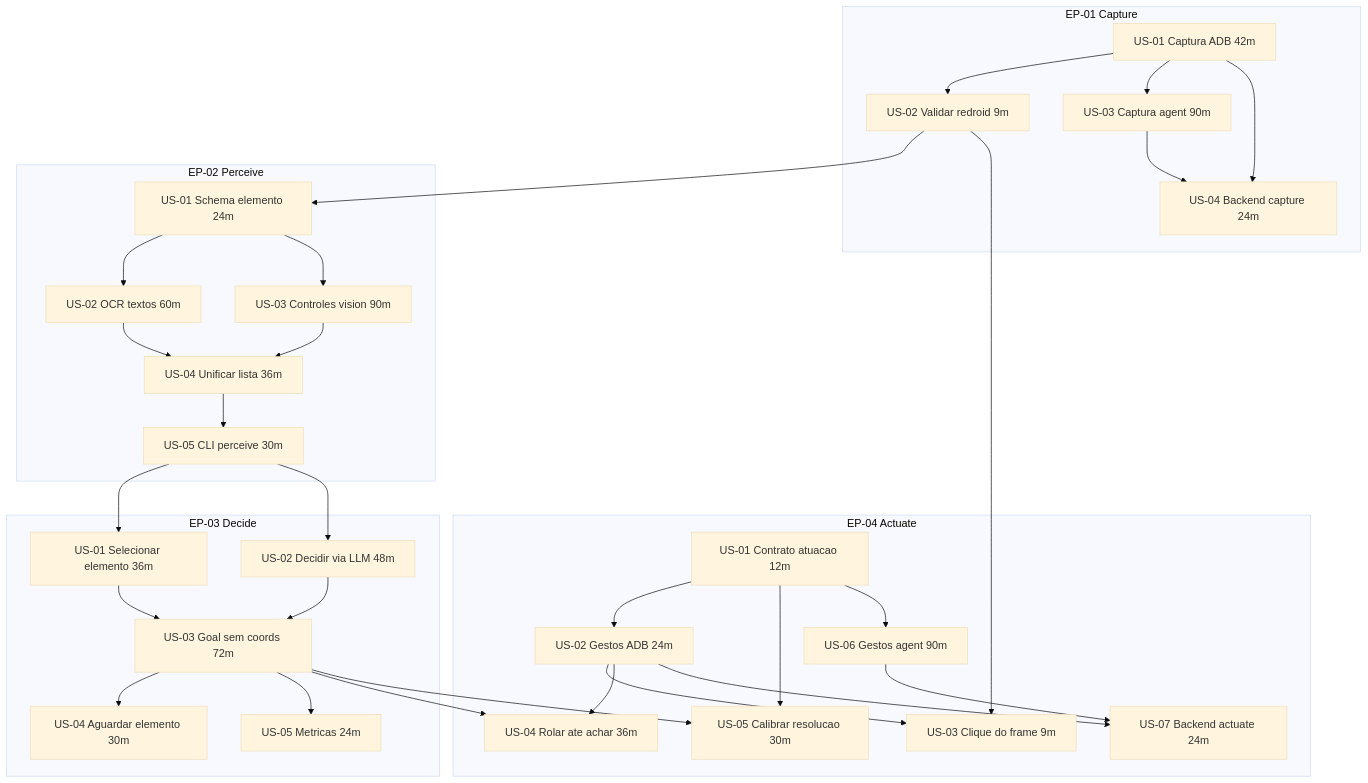
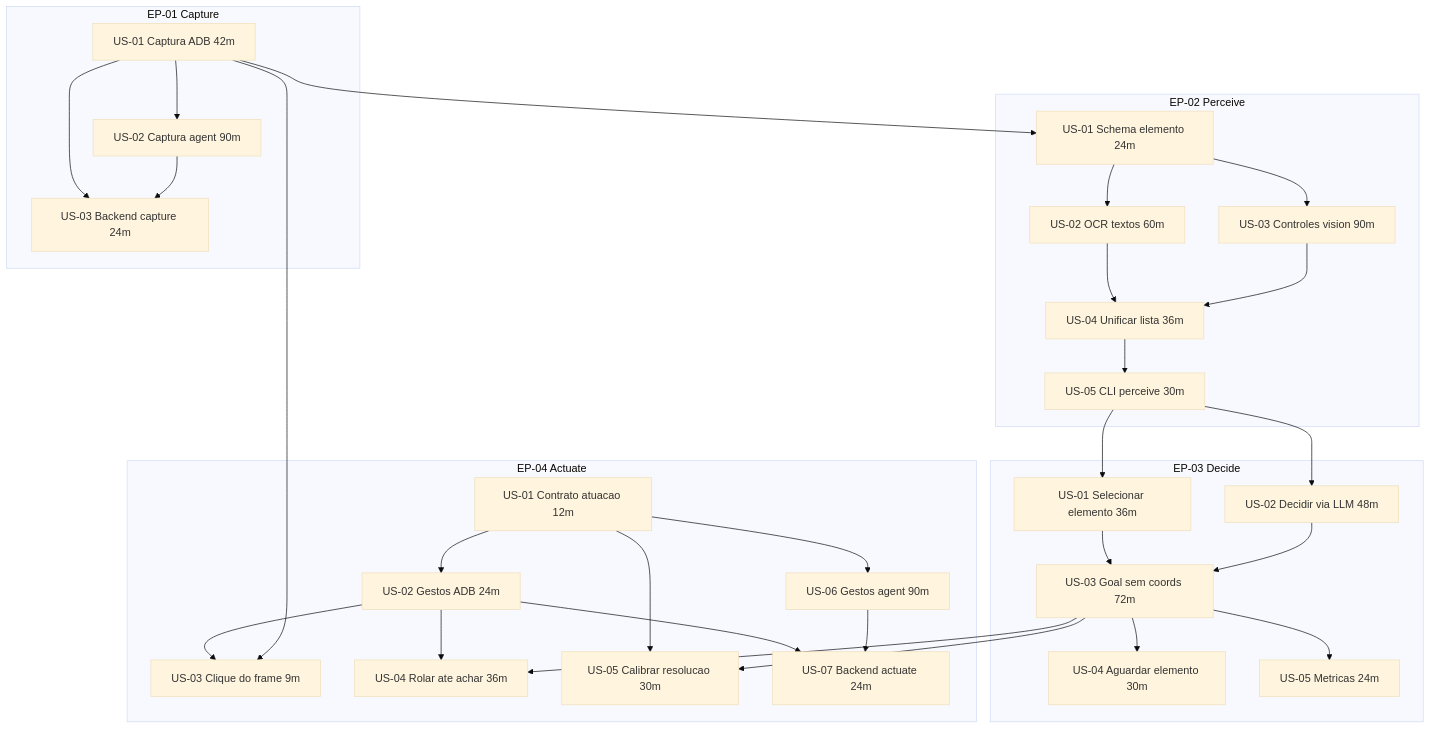
One commit to laerciogermano/workstation changed the first of 2 diagrams in core/tasks/README.md. Above: the diagram before and after it, drawn with Mermaid (base theme). The commit also changed other lines of this file and 6 other files, not shown here.

````diff
--- a/core/tasks/README.md
+++ b/core/tasks/README.md
@@ -99,61 +99,59 @@
 ```mermaid
 flowchart TD
   subgraph EP01["EP-01 Capture"]
     C01[US-01 Captura ADB 42m]
-    C02[US-02 Validar redroid 9m]
-    C03[US-03 Captura agent 90m]
-    C04[US-04 Backend capture 24m]
+    C02[US-02 Captura agent 90m]
+    C03[US-03 Backend capture 24m]
     C01 --> C02
     C01 --> C03
-    C01 --> C04
-    C03 --> C04
+    C02 --> C03
   end
 
   subgraph EP02["EP-02 Perceive"]
     P01[US-01 Schema elemento 24m]
     P02[US-02 OCR textos 60m]
     P03[US-03 Controles vision 90m]
     P04[US-04 Unificar lista 36m]
     P05[US-05 CLI perceive 30m]
     P01 --> P02
     P01 --> P03
     P02 --> P04
     P03 --> P04
     P04 --> P05
   end
 
   subgraph EP03["EP-03 Decide"]
     D01[US-01 Selecionar elemento 36m]
     D02[US-02 Decidir via LLM 48m]
     D03[US-03 Goal sem coords 72m]
     D04[US-04 Aguardar elemento 30m]
     D05[US-05 Metricas 24m]
     D01 --> D03
     D02 --> D03
     D03 --> D04
     D03 --> D05
   end
 
   subgraph EP04["EP-04 Actuate"]
     A01[US-01 Contrato atuacao 12m]
     A02[US-02 Gestos ADB 24m]
     A03[US-03 Clique do frame 9m]
     A04[US-04 Rolar ate achar 36m]
     A05[US-05 Calibrar resolucao 30m]
     A06[US-06 Gestos agent 90m]
     A07[US-07 Backend actuate 24m]
     A01 --> A02 --> A03
     A02 --> A04
     A01 --> A05
     A01 --> A06
     A02 --> A07
     A06 --> A07
   end
 
-  C02 --> P01
-  C02 --> A03
+  C01 --> P01
+  C01 --> A03
   P05 --> D01
   P05 --> D02
   D03 --> A04
   D03 --> A05
 ```
````
